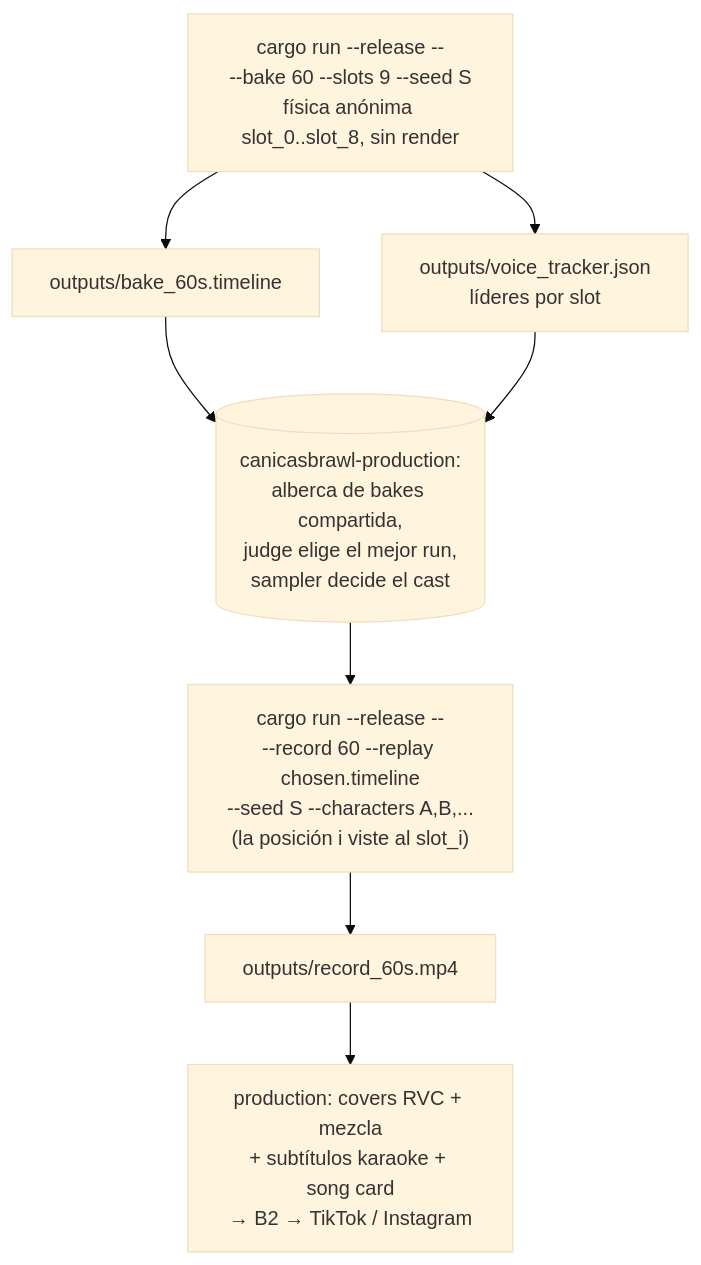
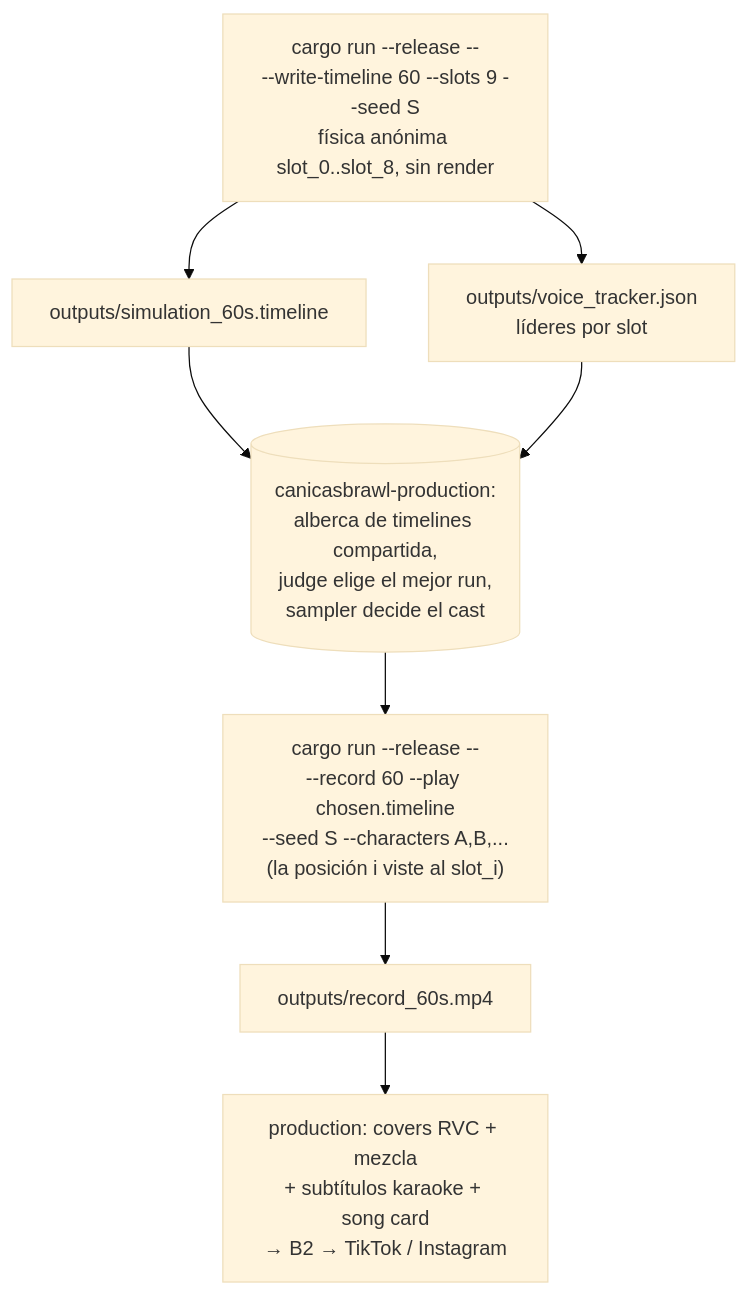
The fourth of 5 diagrams in docs/flow.md (jesusgomeznuz/canicasbrawl-rapier), drawn with Mermaid (base theme) before and after one commit. The commit also changed other lines of this file, not shown here.

First line of the commit message:
docs: flow.md al día tras el overhaul — flags, fases, banda de eventos y árbol

````diff
--- a/docs/flow.md
+++ b/docs/flow.md
@@ -62,10 +66,10 @@
 ```mermaid
 flowchart TD
-    Bake["cargo run --release --<br/>--bake 60 --slots 9 --seed S<br/>física anónima slot_0..slot_8, sin render"] --> Timeline[outputs/bake_60s.timeline]
-    Bake --> VT[outputs/voice_tracker.json<br/>líderes por slot]
-    Timeline --> Prod[(canicasbrawl-production:<br/>alberca de bakes compartida,<br/>judge elige el mejor run,<br/>sampler decide el cast)]
+    Sim["cargo run --release --<br/>--write-timeline 60 --slots 9 --seed S<br/>física anónima slot_0..slot_8, sin render"] --> Timeline["outputs/simulation_60s.timeline"]
+    Sim --> VT["outputs/voice_tracker.json<br/>líderes por slot"]
+    Timeline --> Prod[("canicasbrawl-production:<br/>alberca de timelines compartida,<br/>judge elige el mejor run,<br/>sampler decide el cast")]
     VT --> Prod
-    Prod --> Render["cargo run --release --<br/>--record 60 --replay chosen.timeline<br/>--seed S --characters A,B,...<br/>(la posición i viste al slot_i)"]
-    Render --> RawMP4[outputs/record_60s.mp4]
-    RawMP4 --> Ensamble[production: covers RVC + mezcla<br/>+ subtítulos karaoke + song card<br/>→ B2 → TikTok / Instagram]
+    Prod --> Render["cargo run --release --<br/>--record 60 --play chosen.timeline<br/>--seed S --characters A,B,...<br/>(la posición i viste al slot_i)"]
+    Render --> RawMP4["outputs/record_60s.mp4"]
+    RawMP4 --> Ensamble["production: covers RVC + mezcla<br/>+ subtítulos karaoke + song card<br/>→ B2 → TikTok / Instagram"]
 ```
````
